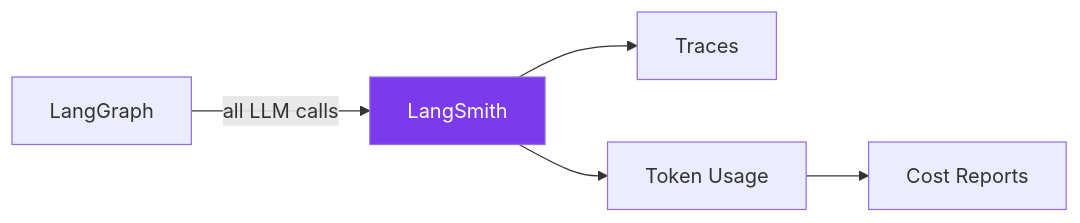
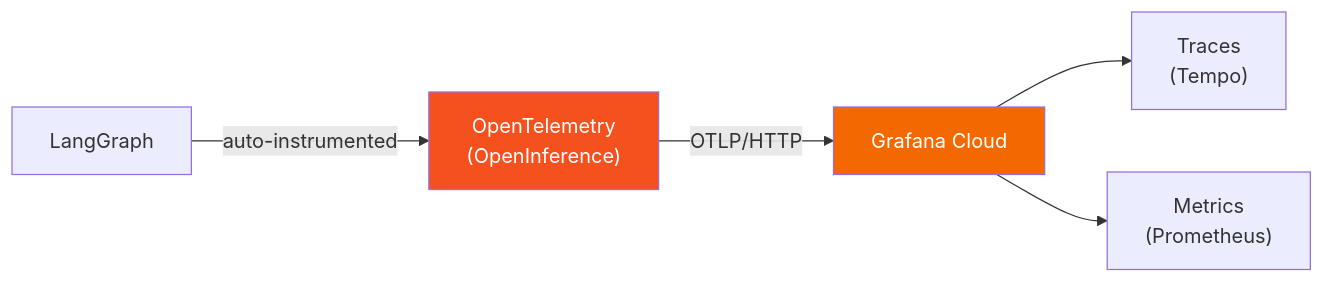
One commit to scarolan/music_store_assistant changed the tenth of 10 diagrams in ARCHITECTURE.md. Above: the diagram before and after it, drawn with Mermaid. The commit also changed other lines of this file and 2 other files, not shown here.

Commit message:
docs: Remove all LangSmith and cost tracking references
- ARCHITECTURE.md: Updated observability diagram to show OTEL/Grafana
- ARCHITECTURE.md: Removed CI/CD cost tracking section
- ARCHITECTURE.md: Updated config table with OTEL vars instead of LangSmith
- CLAUDE.md: Removed all LangSmith references from observability sections
- CLAUDE.md: Removed cost tracking from test patterns
- CLAUDE.md: Updated CI/CD pipeline description
- CLAUDE.md: Updated OTEL branch status to current implementation status
- .env.example: Removed LangSmith configuration section
- Focuses entirely on OpenTelemetry + Grafana Cloud observability

````diff
--- a/ARCHITECTURE.md
+++ b/ARCHITECTURE.md
@@ -356,15 +356,16 @@
 ```mermaid
 flowchart LR
     lg["LangGraph"]
-    langsmith["LangSmith"]
-    traces["Traces"]
-    tokens["Token Usage"]
-    costs["Cost Reports"]
-    
-    lg -->|"all LLM calls"| langsmith
-    langsmith --> traces
-    langsmith --> tokens
-    tokens --> costs
-    
-    style langsmith fill:#7c3aed,color:#fff
+    otel["OpenTelemetry<br/>(OpenInference)"]
+    grafana["Grafana Cloud"]
+    traces["Traces<br/>(Tempo)"]
+    metrics["Metrics<br/>(Prometheus)"]
+
+    lg -->|"auto-instrumented"| otel
+    otel -->|"OTLP/HTTP"| grafana
+    grafana --> traces
+    grafana --> metrics
+
+    style otel fill:#f4511e,color:#fff
+    style grafana fill:#f46800,color:#fff
 ```
````
